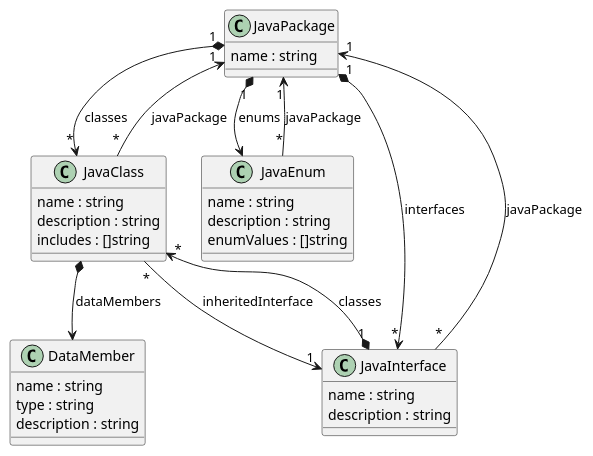
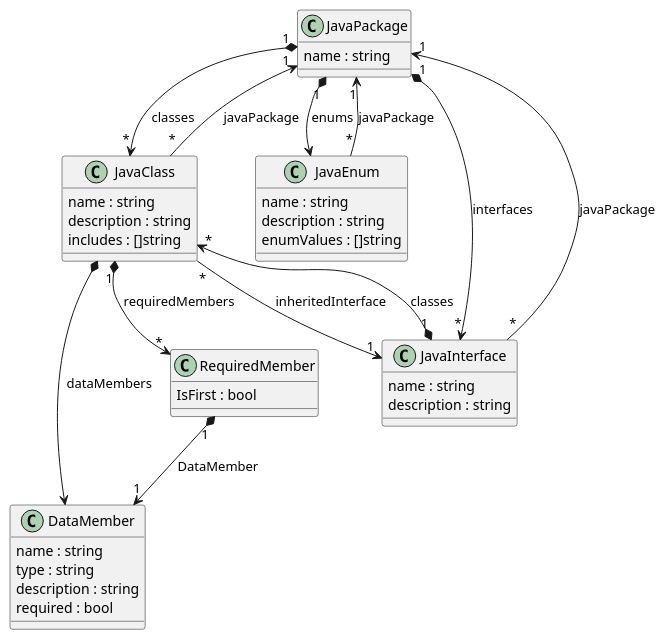
The diagram in uml/java-class.plantuml (techcobweb/openapi2beans), drawn with PlantUML before and after one commit. The commit also changed 5 other files, not shown here.

```diff
--- a/uml/java-class.plantuml
+++ b/uml/java-class.plantuml
@@ -1,43 +1,51 @@
 @startuml "java-class"
 
 class JavaPackage {
     {field} name : string
 }
 
 class JavaClass {
     {field} name : string
     {field} description : string
     {field} includes : []string
 }
 
 JavaClass "*" --> "1" JavaPackage : javaPackage
 JavaPackage "1" *--> "*" JavaClass : classes
 
 class DataMember {
     {field} name : string
     {field} type : string
     {field} description : string
+    {field} required : bool
 }
 
 JavaClass *--> DataMember : dataMembers
+
+class RequiredMember {
+    {field} IsFirst : bool
+}
+
+RequiredMember "1" *--> "1" DataMember : DataMember
+JavaClass "1" *--> "*" RequiredMember : requiredMembers
 
 class JavaEnum {
     {field} name : string
     {field} description : string
     {field} enumValues : []string
 }
 
 JavaPackage "1" *--> JavaEnum : enums
 JavaEnum "*" --> "1" JavaPackage : javaPackage
 
 class JavaInterface {
     {field} name : string
     {field} description : string
 }
 
 JavaInterface "*" --> "1" JavaPackage : javaPackage
 JavaPackage "1" *--> "*" JavaInterface : interfaces
 JavaClass "*" --> "1" JavaInterface : inheritedInterface
 JavaInterface "1" *--> "*" JavaClass : classes
 
 @enduml
```
